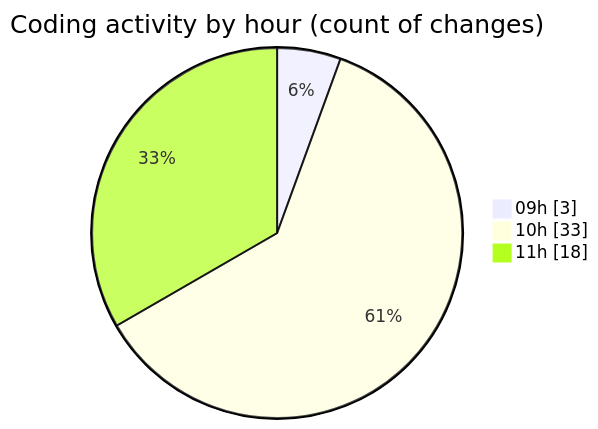
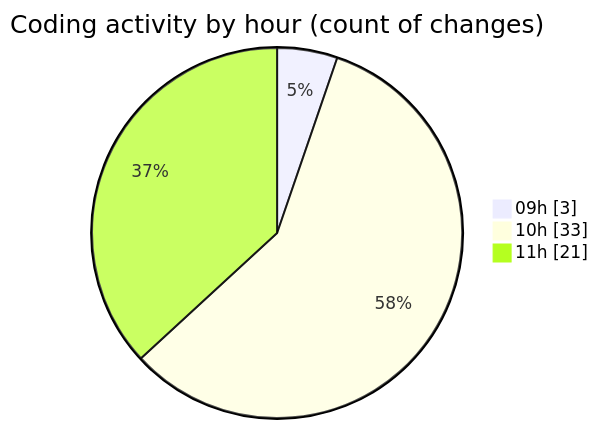
One commit to momahboobian/code-tracking changed the second of 2 diagrams in 2025-10-31/cda/README.md. Above: the diagram before and after it, drawn with Mermaid. The commit also changed other lines of this file and 1 other file, not shown here.

````diff
--- a/2025-10-31/cda/README.md
+++ b/2025-10-31/cda/README.md
@@ -36,7 +36,7 @@
 ```mermaid
 pie showData
 title Coding activity by hour (count of changes)
 "09h" : 3
 "10h" : 33
-"11h" : 18
+"11h" : 21
 ```
````
